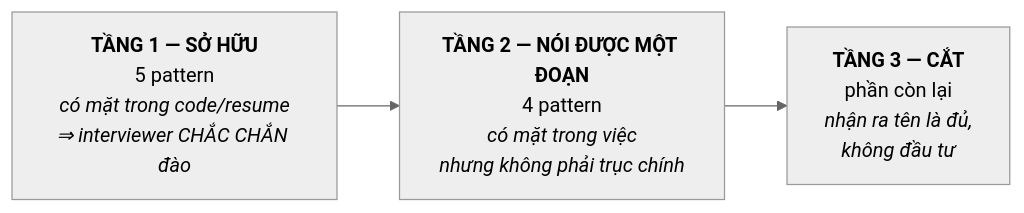
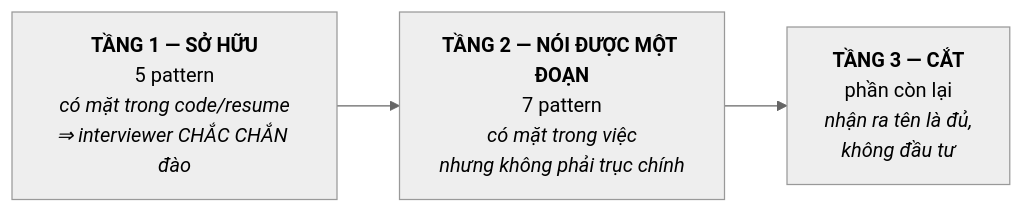
One commit to gia0901/Embedded-Knowledge changed the diagram in 11-design-patterns/in-practice/README.md. Above: the diagram before and after it, drawn with Mermaid (neutral theme). The commit also changed other lines of this file and 9 other files, not shown here.

````diff
--- a/11-design-patterns/in-practice/README.md
+++ b/11-design-patterns/in-practice/README.md
@@ -23,7 +23,7 @@
 ```mermaid
 flowchart LR
     A["<b>TẦNG 1 — SỞ HỮU</b><br/>5 pattern<br/><i>có mặt trong code/resume<br/>⇒ interviewer CHẮC CHẮN đào</i>"]
-    B["<b>TẦNG 2 — NÓI ĐƯỢC MỘT ĐOẠN</b><br/>4 pattern<br/><i>có mặt trong việc<br/>nhưng không phải trục chính</i>"]
+    B["<b>TẦNG 2 — NÓI ĐƯỢC MỘT ĐOẠN</b><br/>7 pattern<br/><i>có mặt trong việc<br/>nhưng không phải trục chính</i>"]
     C["<b>TẦNG 3 — CẮT</b><br/>phần còn lại<br/><i>nhận ra tên là đủ,<br/>không đầu tư</i>"]
     A --> B --> C
 ```
````
